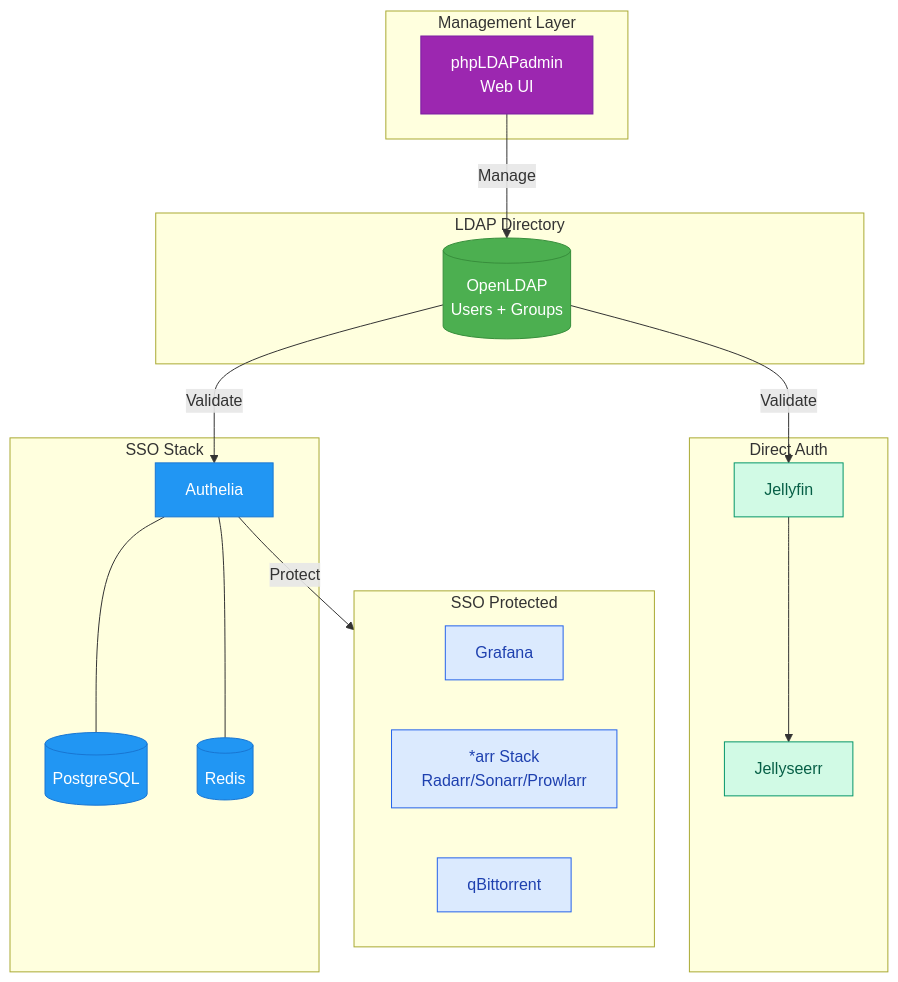
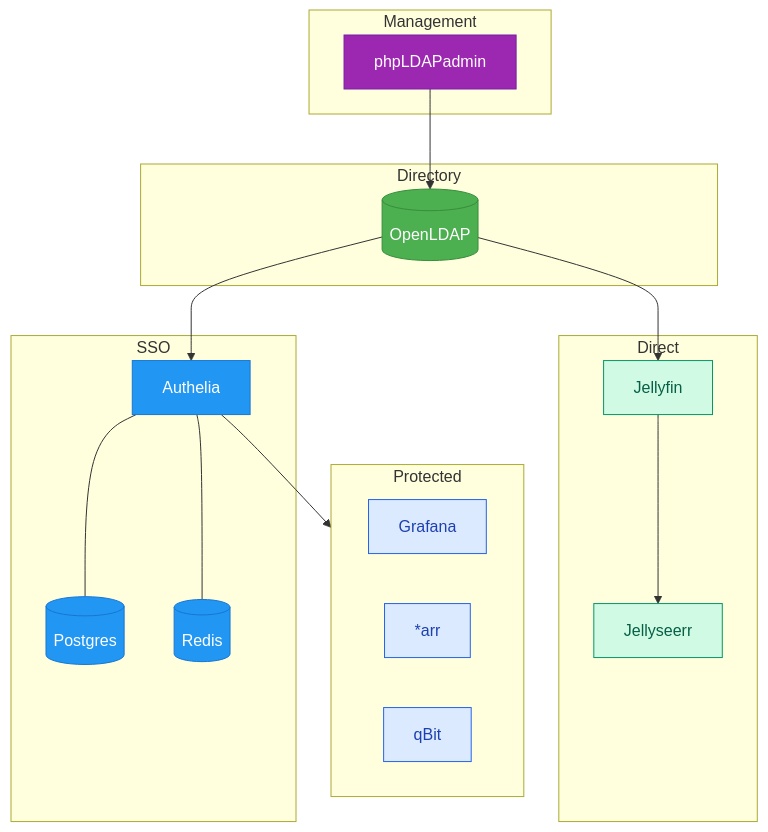
The first of 4 diagrams in docs-site/src/content/docs/guides/ldap.mdx (Mykyta-Home-Server/homeserver), drawn with Mermaid before and after one commit. The commit also changed other lines of this file and 2 other files, not shown here.

First line of the commit message:
Fix diagram labels: remove cutoff text, use short clear labels

````diff
--- a/docs-site/src/content/docs/guides/ldap.mdx
+++ b/docs-site/src/content/docs/guides/ldap.mdx
@@ -12,47 +12,47 @@
 ```mermaid
 flowchart TB
-    subgraph mgmt[Management Layer]
-        phpLDAP[phpLDAPadmin<br/>Web UI]
+    subgraph mgmt[Management]
+        phpLDAP[phpLDAPadmin]
     end
 
-    subgraph ldap[LDAP Directory]
-        LDAP[(OpenLDAP<br/>Users + Groups)]
+    subgraph ldap[Directory]
+        LDAP[(OpenLDAP)]
     end
 
-    subgraph sso[SSO Stack]
+    subgraph sso[SSO]
         Authelia[Authelia]
-        PG[(PostgreSQL)]
+        PG[(Postgres)]
         Redis[(Redis)]
     end
 
-    subgraph direct[Direct Auth]
+    subgraph direct[Direct]
         Jellyfin[Jellyfin]
         Jellyseerr[Jellyseerr]
     end
 
-    subgraph protected[SSO Protected]
+    subgraph protected[Protected]
         Grafana[Grafana]
-        Arr[*arr Stack<br/>Radarr/Sonarr/Prowlarr]
-        qBit[qBittorrent]
+        Arr[*arr]
+        qBit[qBit]
     end
 
-    phpLDAP -->|Manage| LDAP
-    LDAP -->|Validate| Authelia
-    LDAP -->|Validate| Jellyfin
+    phpLDAP --> LDAP
+    LDAP --> Authelia
+    LDAP --> Jellyfin
     Authelia --- PG
     Authelia --- Redis
     Jellyfin --> Jellyseerr
-    Authelia -->|Protect| protected
+    Authelia --> protected
 
     classDef mgmtStyle fill:#9c27b0,stroke:#7b1fa2,color:#fff
     classDef ldapStyle fill:#4caf50,stroke:#388e3c,color:#fff
     classDef ssoStyle fill:#2196f3,stroke:#1976d2,color:#fff
     classDef directStyle fill:#d1fae5,stroke:#059669,color:#065f46
     classDef protectedStyle fill:#dbeafe,stroke:#2563eb,color:#1e40af
 
     class phpLDAP mgmtStyle
     class LDAP ldapStyle
     class Authelia,PG,Redis ssoStyle
     class Jellyfin,Jellyseerr directStyle
     class Grafana,Arr,qBit protectedStyle
 ```
````
